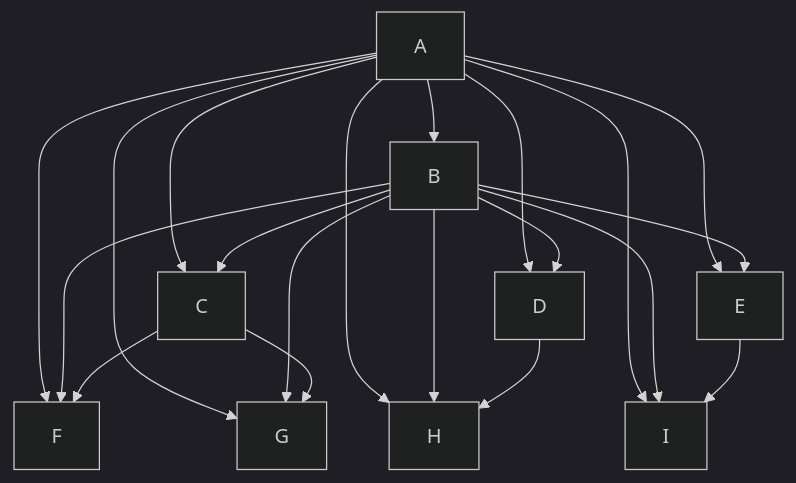
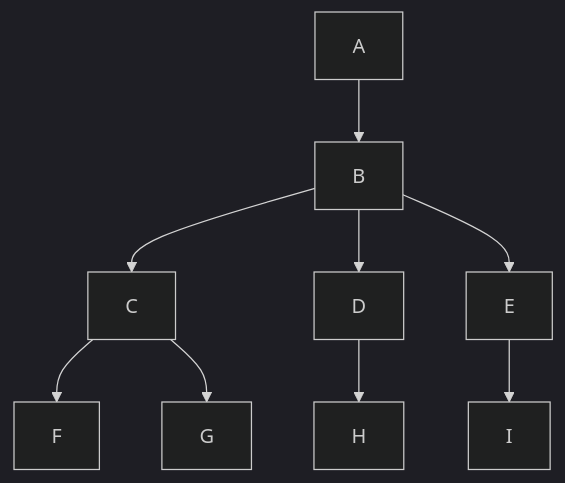
One commit to stefafafan/closure2wbs changed the diagram in examples/mermaid/output.mmd. Above: the diagram before and after it, drawn with Mermaid (dark theme).

Commit message:
cargo run -- -i ./examples/mermaid/input.json -o ./examples/mermaid/output.mmd -f mermaid

```diff
--- a/examples/mermaid/output.mmd
+++ b/examples/mermaid/output.mmd
@@ -1,20 +1,9 @@
 flowchart TD
 A --> B
-A --> C
-A --> D
-A --> E
-A --> F
-A --> G
-A --> H
-A --> I
 B --> C
-B --> D
-B --> E
-B --> F
-B --> G
-B --> H
-B --> I
 C --> F
 C --> G
+B --> D
 D --> H
+B --> E
 E --> I
```
